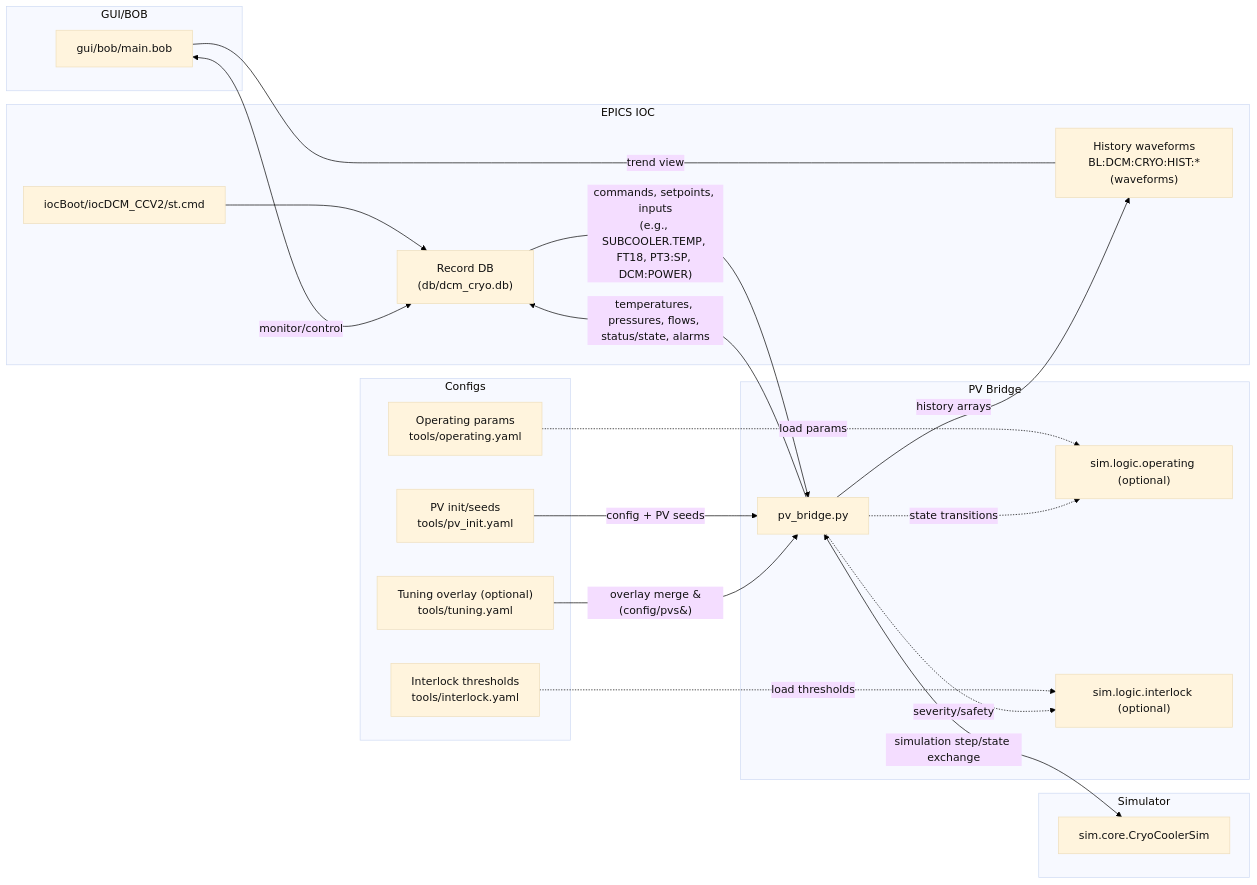
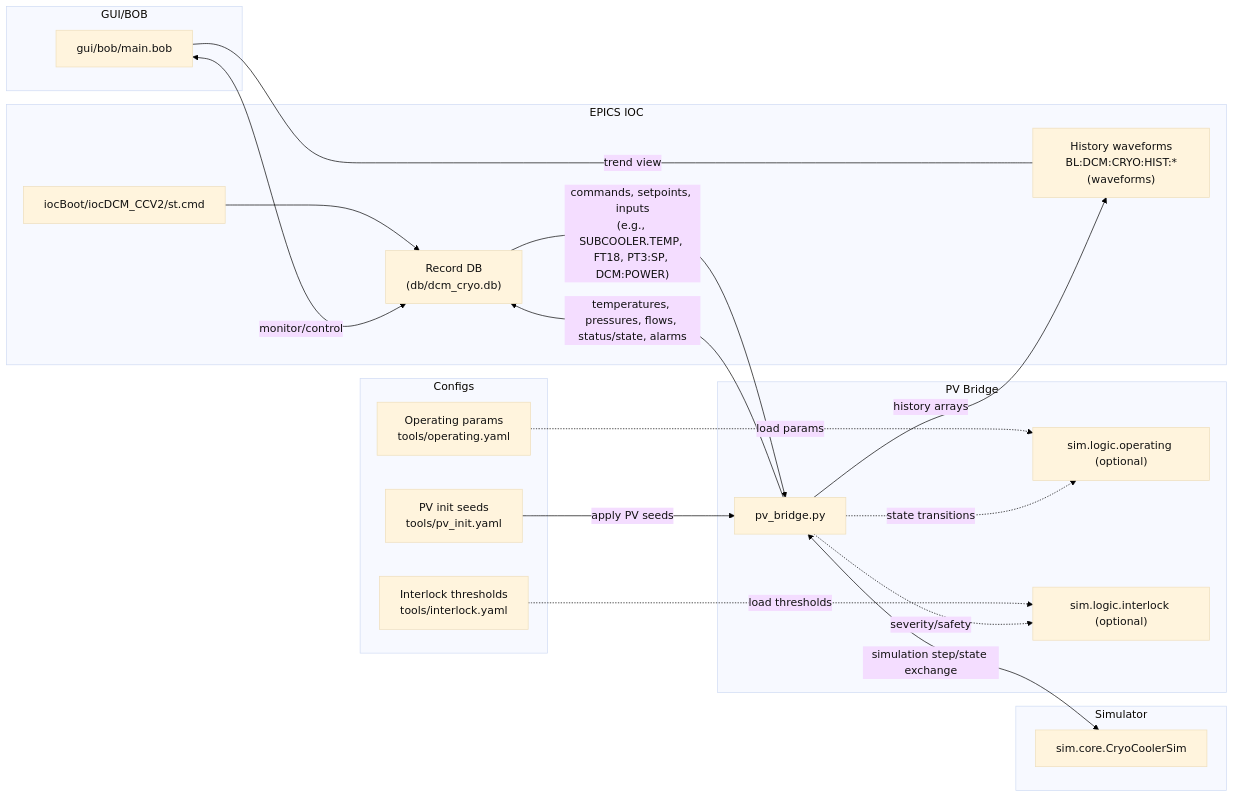
One commit to verysys-pal/DCM_CCV2 changed the diagram in docs/mermaid/data_flow.mmd. Above: the diagram before and after it, drawn with Mermaid. The commit also changed 15 other files, not shown here.

```diff
--- a/docs/mermaid/data_flow.mmd
+++ b/docs/mermaid/data_flow.mmd
@@ -1,61 +1,59 @@
 %%{init: {"theme":"base","themeVariables":{"background":"#ffffff","primaryTextColor":"#111111"}}}%%
 flowchart LR
   %% IOC 및 DB
   subgraph IOC[EPICS IOC]
     STCMD[iocBoot/iocDCM_CCV2/st.cmd]
     DB["Record DB<br/>(db/dcm_cryo.db)"]
     HIST["History waveforms<br/>BL:DCM:CRYO:HIST:*(waveforms)"]
   end
 
   %% 브리지와 선택 로직
   subgraph Bridge[PV Bridge]
     BRIDGE[pv_bridge.py]
     OPER["sim.logic.operating (optional)"]
     ILK["sim.logic.interlock (optional)"]
   end
 
   %% 시뮬레이터 코어
   subgraph Sim[Simulator]
     MODEL["sim.core.CryoCoolerSim"]
   end
 
   %% GUI
   subgraph GUI[GUI/BOB]
     BOB[gui/bob/main.bob]
   end
 
   %% 설정 파일
   subgraph CFG[Configs]
-    INIT["PV init/seeds<br/>tools/pv_init.yaml"]
-    TUNE["Tuning overlay (optional)<br/>tools/tuning.yaml"]
+    INIT["PV init seeds<br/>tools/pv_init.yaml"]
     OPERCFG["Operating params<br/>tools/operating.yaml"]
     ILKCFG["Interlock thresholds<br/>tools/interlock.yaml"]
   end
 
   %% 부팅/레코드 로드
   STCMD --> DB
 
   %% 설정 → 브리지/로직
-  INIT -->|"config + PV seeds"| BRIDGE
-  TUNE -->|"overlay merge &#40;config/pvs&#41;"| BRIDGE
+  INIT -->|"apply PV seeds"| BRIDGE
   OPERCFG -.->|"load params"| OPER
   ILKCFG -.->|"load thresholds"| ILK
 
   %% IOC ↔ 브리지
   DB -->|"commands, setpoints, inputs<br/>(e.g., SUBCOOLER.TEMP, FT18, PT3:SP, DCM:POWER)"| BRIDGE
   BRIDGE -->|"temperatures, pressures, flows, status/state, alarms"| DB
   BRIDGE -->|"history arrays"| HIST
 
   %% 브리지 ↔ 시뮬레이터
   BRIDGE <-->|"simulation step/state exchange"| MODEL
 
   %% 브리지에서 사용하는 선택 로직
   BRIDGE -.->|"state transitions"| OPER
   BRIDGE -.->|"severity/safety"| ILK
 
   %% GUI ↔ IOC
   BOB <-->|"monitor/control"| DB
   BOB ----|"trend view"| HIST
 
-  %% Cross links
+  %% 교차 링크
   click BRIDGE "pv_bridge_overview.mmd" "Open: PV Bridge overview"
```
